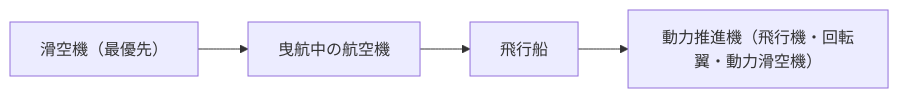
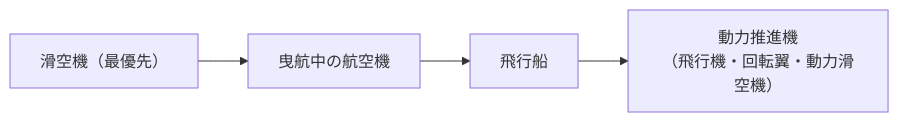
Diagram 17 of 30 in chapters/06_第六章.md (yonemotoBB/pil), drawn with Mermaid before and after one commit. The commit also changed other lines of this file, not shown here.

````diff
--- a/chapters/06_第六章.md
+++ b/chapters/06_第六章.md
@@ -959,4 +959,4 @@
 ```mermaid
 flowchart LR
-    A["滑空機（最優先）"] --> B["曳航中の航空機"] --> C["飛行船"] --> D["動力推進機（飛行機・回転翼・動力滑空機）"]
+    A["滑空機（最優先）"] --> B["曳航中の航空機"] --> C["飛行船"] --> D["動力推進機<br>（飛行機・回転翼・動力滑空機）"]
 ```
````
